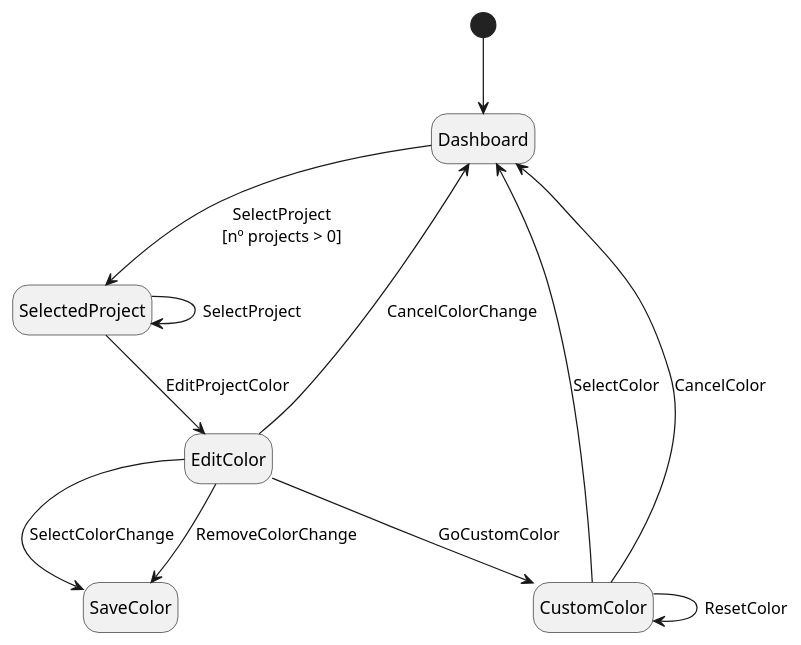
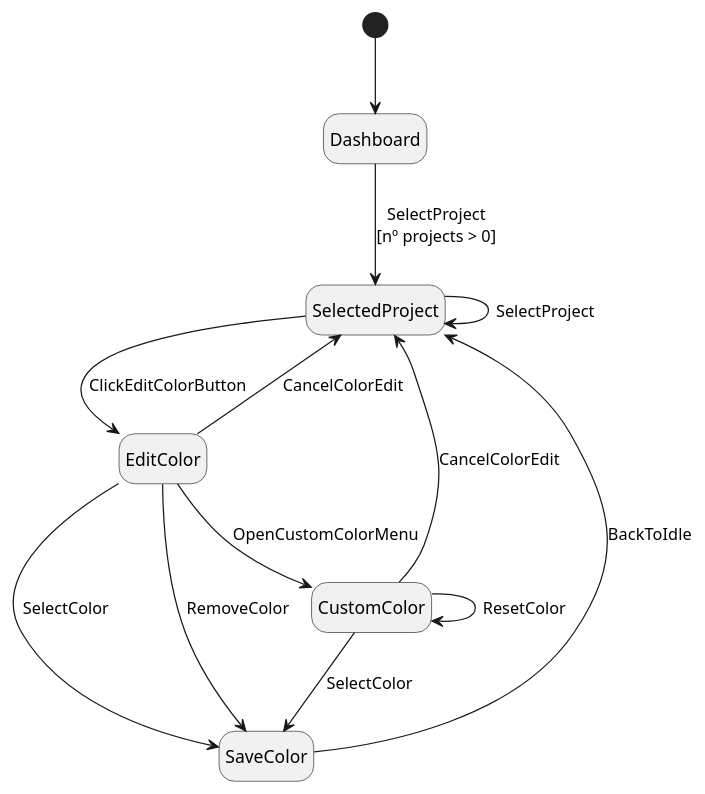
One commit to JoaoCostaIFG/tvvs changed the diagram in assignments/4_model_based_testing/state_machines/state_machine_3.puml. Above: the diagram before and after it, drawn with PlantUML. The commit also changed 5 other files, not shown here.

```diff
--- a/assignments/4_model_based_testing/state_machines/state_machine_3.puml
+++ b/assignments/4_model_based_testing/state_machines/state_machine_3.puml
@@ -1,19 +1,21 @@
 @startuml
 hide empty description
 
 [*] -d-> Dashboard
 
 Dashboard --> SelectedProject : SelectProject\n[nº projects > 0]
 
 SelectedProject --> SelectedProject : SelectProject
-SelectedProject --> EditColor : EditProjectColor
+SelectedProject --> EditColor : ClickEditColorButton
 
-EditColor --> Dashboard : CancelColorChange
-EditColor --> SaveColor : SelectColorChange
-EditColor --> SaveColor : RemoveColorChange
-EditColor --> CustomColor : GoCustomColor
+EditColor --> SelectedProject : CancelColorEdit
+EditColor --> SaveColor : SelectColor
+EditColor --> SaveColor : RemoveColor
+EditColor --> CustomColor : OpenCustomColorMenu
 
-CustomColor --> Dashboard : SelectColor
-CustomColor --> Dashboard : CancelColor
+CustomColor --> SelectedProject : CancelColorEdit
+CustomColor --> SaveColor : SelectColor
 CustomColor --> CustomColor : ResetColor
+
+SaveColor --> SelectedProject : BackToIdle
 @enduml
```
